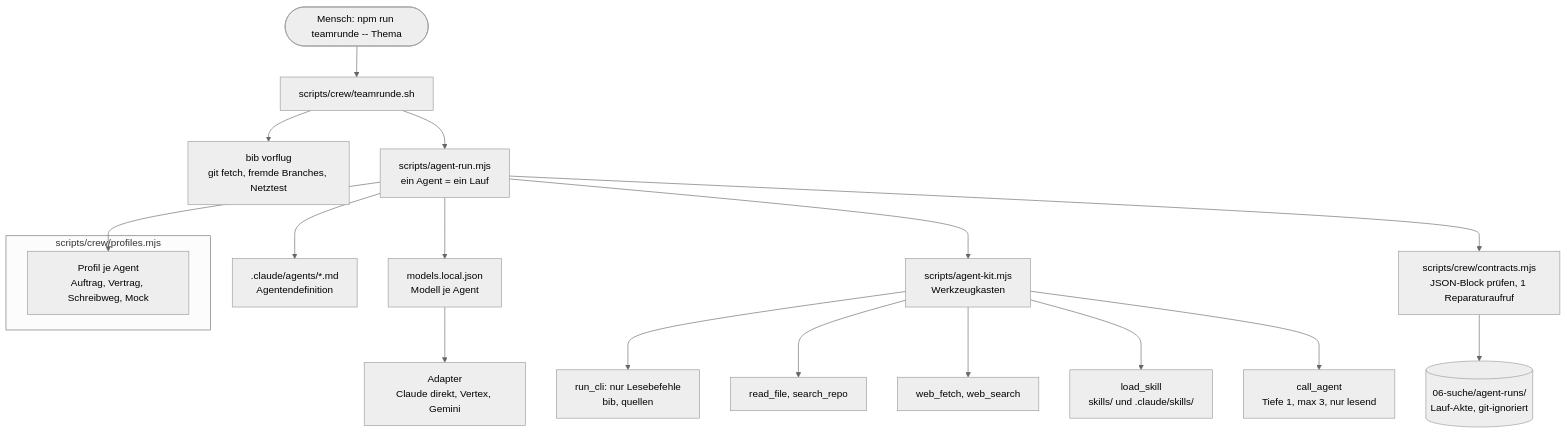
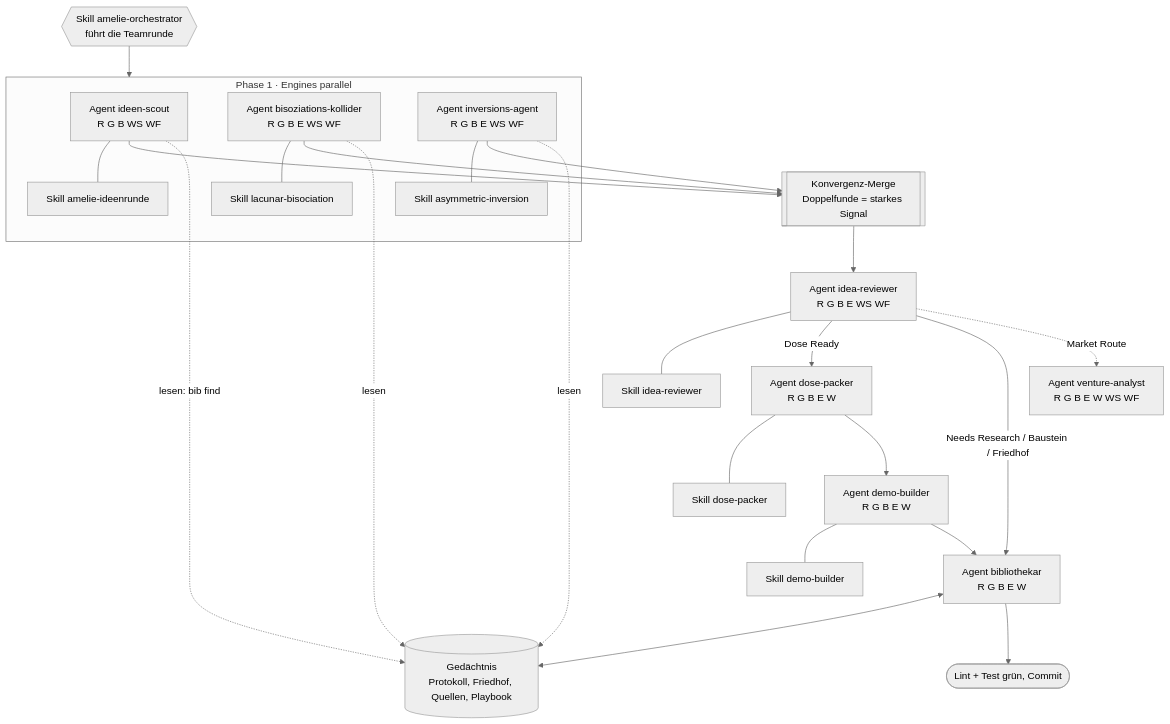
The diagram in 06-suche/amelie-testlauf-verdrahtung.md (felixinberlin/Amelie), drawn with Mermaid (neutral theme) before and after one commit. The commit also changed other lines of this file, not shown here.

First line of the commit message:
Testlauf-Verdrahtung: abstraktes Agenten-Skill-Diagramm mit Werkzeugen und Modellen

````diff
--- a/06-suche/amelie-testlauf-verdrahtung.md
+++ b/06-suche/amelie-testlauf-verdrahtung.md
@@ -7,24 +9,33 @@
 ```mermaid
 flowchart TD
-  H([Mensch: npm run teamrunde -- Thema]) --> TR[scripts/crew/teamrunde.sh]
-  TR --> VF[bib vorflug<br/>git fetch, fremde Branches, Netztest]
-  TR --> AR[scripts/agent-run.mjs<br/>ein Agent = ein Lauf]
+  ORCH{{Skill amelie-orchestrator<br/>führt die Teamrunde}}
 
-  subgraph Profil[scripts/crew/profiles.mjs]
-    PR[Profil je Agent<br/>Auftrag, Vertrag, Schreibweg, Mock]
+  subgraph ENG[Phase 1 · Engines parallel]
+    SC["Agent ideen-scout<br/>R G B WS WF"] --- SK1[Skill amelie-ideenrunde]
+    KO["Agent bisoziations-kollider<br/>R G B E WS WF"] --- SK2[Skill lacunar-bisociation]
+    IN["Agent inversions-agent<br/>R G B E WS WF"] --- SK3[Skill asymmetric-inversion]
   end
-  AR --> PR
-  AR --> DEF[.claude/agents/*.md<br/>Agentendefinition]
-  AR --> MC[models.local.json<br/>Modell je Agent]
-  MC --> AD[Adapter<br/>Claude direkt, Vertex, Gemini]
 
-  AR --> KIT[scripts/agent-kit.mjs<br/>Werkzeugkasten]
-  KIT --> T1[run_cli: nur Lesebefehle<br/>bib, quellen]
-  KIT --> T2[read_file, search_repo]
-  KIT --> T3[web_fetch, web_search]
-  KIT --> T4[load_skill<br/>skills/ und .claude/skills/]
-  KIT --> T5[call_agent<br/>Tiefe 1, max 3, nur lesend]
+  MERGE[[Konvergenz-Merge<br/>Doppelfunde = starkes Signal]]
+  RV["Agent idea-reviewer<br/>R G B E WS WF"] --- SK4[Skill idea-reviewer]
+  PK["Agent dose-packer<br/>R G B E W"] --- SK5[Skill dose-packer]
+  DB["Agent demo-builder<br/>R G B E W"] --- SK6[Skill demo-builder]
+  BI["Agent bibliothekar<br/>R G B E W"]
+  VA["Agent venture-analyst<br/>R G B E W WS WF"]
 
-  AR --> CT[scripts/crew/contracts.mjs<br/>JSON-Block prüfen, 1 Reparaturaufruf]
-  CT --> RUN[(06-suche/agent-runs/<br/>Lauf-Akte, git-ignoriert)]
+  ORCH --> ENG
+  SC --> MERGE
+  KO --> MERGE
+  IN --> MERGE
+  MERGE --> RV
+  RV -- Dose Ready --> PK --> DB --> BI
+  RV -- Needs Research / Baustein / Friedhof --> BI
+  RV -. Market Route .-> VA
+
+  MEM[(Gedächtnis<br/>Protokoll, Friedhof, Quellen, Playbook)]
+  BI <--> MEM
+  SC -. lesen: bib find .-> MEM
+  KO -. lesen .-> MEM
+  IN -. lesen .-> MEM
+  BI --> OUT([Lint + Test grün, Commit])
 ```
````
